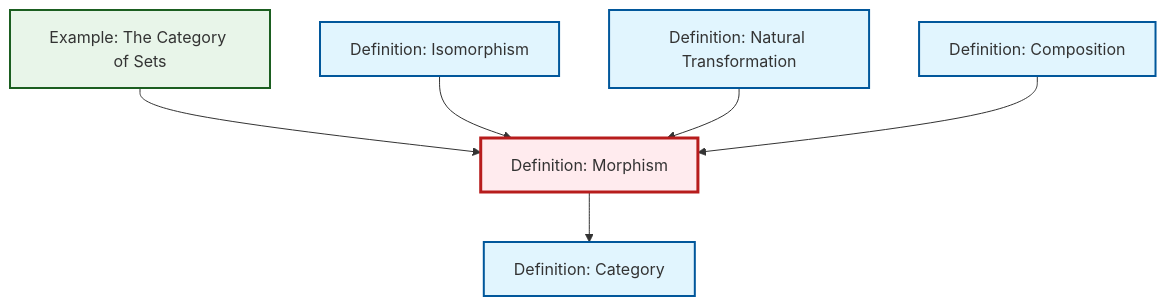
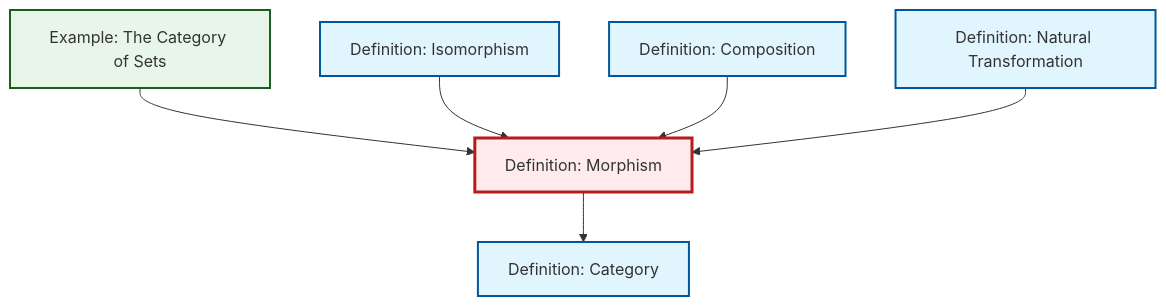
The diagram in output/mermaid/def-morphism.mermaid (RK0429/ModernMath), drawn with Mermaid before and after one commit. The commit also changed other lines of this file and 530 other files, not shown here.

```diff
--- a/output/mermaid/def-morphism.mermaid
+++ b/output/mermaid/def-morphism.mermaid
@@ -1,19 +1,19 @@
 %%| fig-cap: "Local dependency graph"
 graph TD
     classDef definition fill:#e1f5fe,stroke:#01579b,stroke-width:2px
     classDef theorem fill:#f3e5f5,stroke:#4a148c,stroke-width:2px
     classDef axiom fill:#fff3e0,stroke:#e65100,stroke-width:2px
     classDef example fill:#e8f5e9,stroke:#1b5e20,stroke-width:2px
     classDef current fill:#ffebee,stroke:#b71c1c,stroke-width:3px
+    def-composition["Definition: Composition"]:::definition
+    def-isomorphism["Definition: Isomorphism"]:::definition
     def-category["Definition: Category"]:::definition
+    ex-set-category["Example: The Category of Sets"]:::example
+    def-morphism["Definition: Morphism"]:::definition
     def-natural-transformation["Definition: Natural Transformation"]:::definition
-    def-morphism["Definition: Morphism"]:::definition
-    def-composition["Definition: Composition"]:::definition
-    ex-set-category["Example: The Category of Sets"]:::example
-    def-isomorphism["Definition: Isomorphism"]:::definition
     ex-set-category --> def-morphism
+    def-morphism --> def-category
     def-isomorphism --> def-morphism
-    def-morphism --> def-category
+    def-composition --> def-morphism
     def-natural-transformation --> def-morphism
-    def-composition --> def-morphism
     class def-morphism current
```
